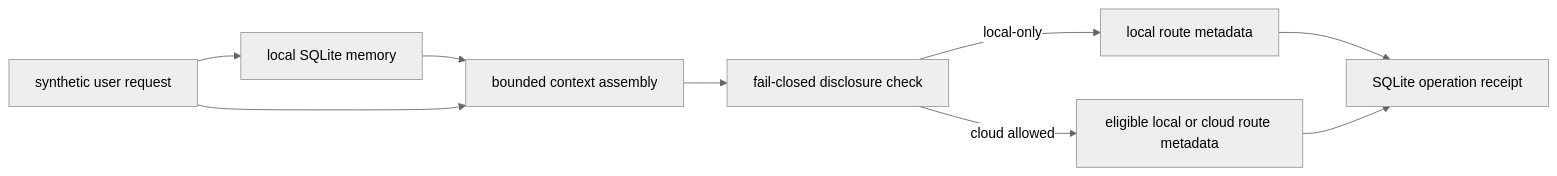
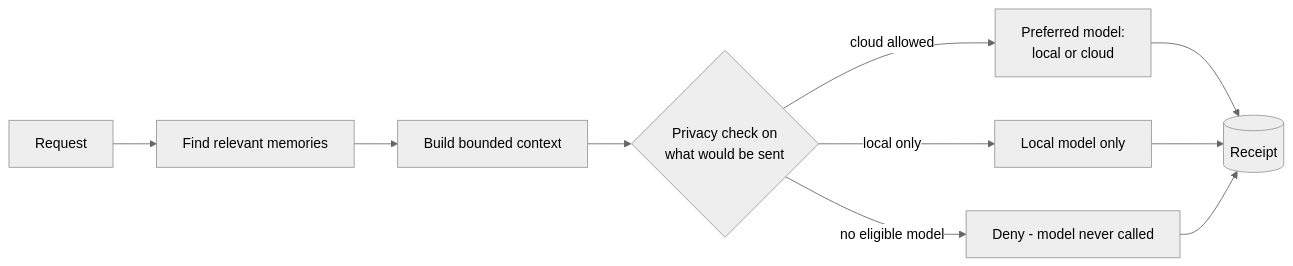
The diagram in diagrams/architecture.mmd (perry-is/coral-portfolio), drawn with Mermaid (neutral theme) before and after one commit. The commit also changed 4 other files, not shown here.

```diff
--- a/diagrams/architecture.mmd
+++ b/diagrams/architecture.mmd
@@ -1,9 +1,10 @@
 flowchart LR
-    A[ synthetic user request ] --> B[ local SQLite memory ]
-    B --> C[ bounded context assembly ]
-    A --> C
-    C --> D[ fail-closed disclosure check ]
-    D -->|local-only| E[ local route metadata ]
-    D -->|cloud allowed| F[ eligible local or cloud route metadata ]
-    E --> G[ SQLite operation receipt ]
-    F --> G
+    Q[Request] --> R[Find relevant memories]
+    R --> C[Build bounded context]
+    C --> D{Privacy check on<br/>what would be sent}
+    D -->|cloud allowed| P[Preferred model:<br/>local or cloud]
+    D -->|local only| L[Local model only]
+    D -->|no eligible model| X[Deny - model never called]
+    P --> RC[(Receipt)]
+    L --> RC
+    X --> RC
```
